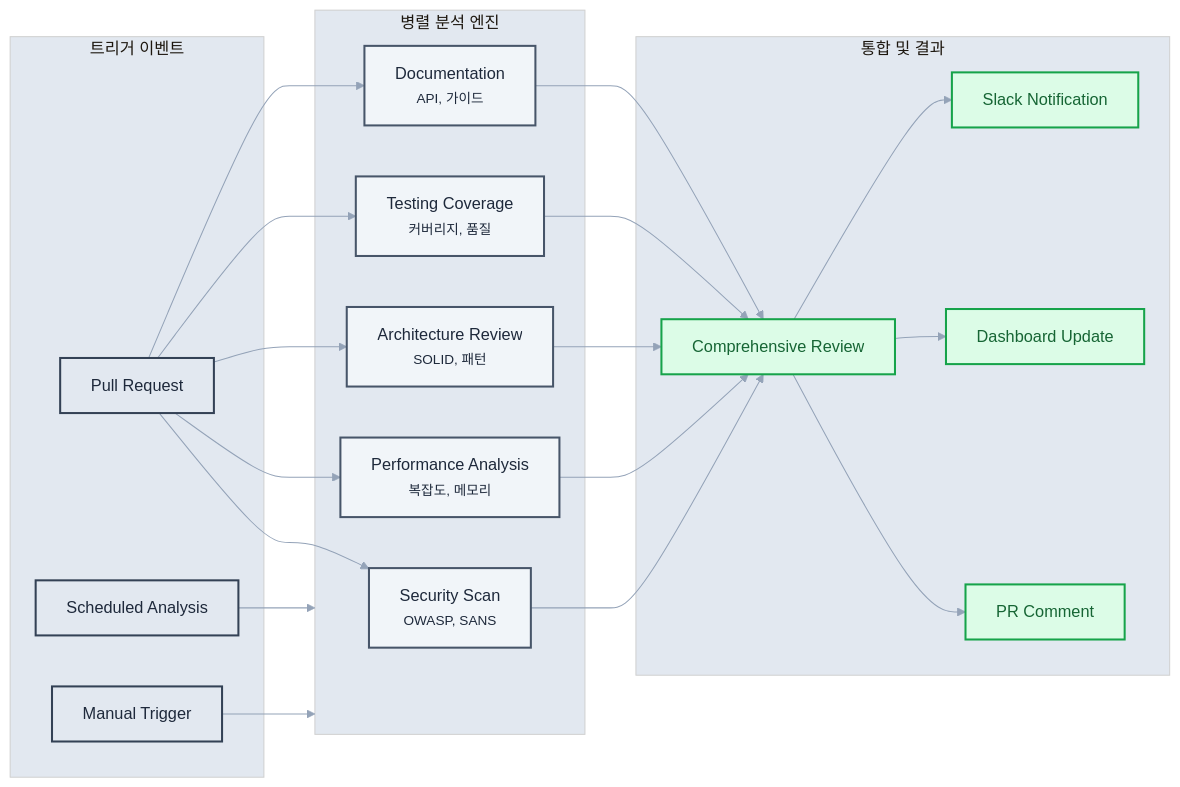
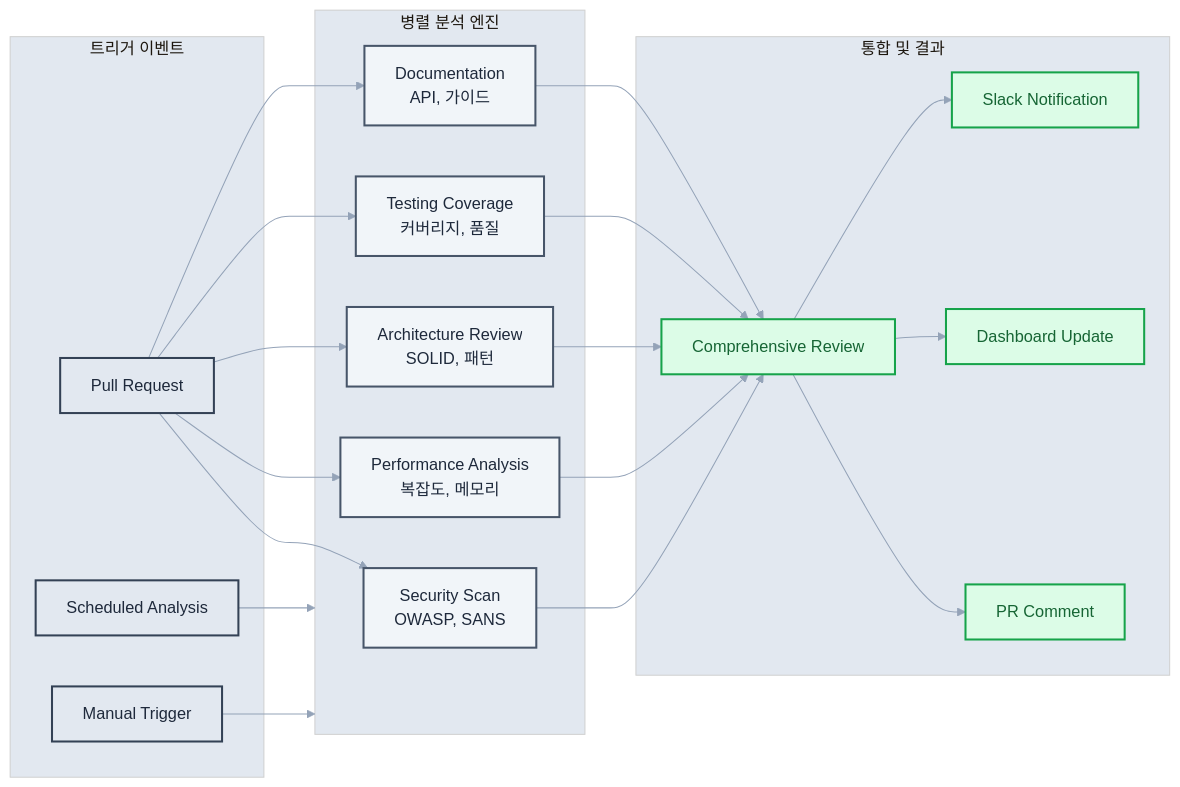
One commit to revfactory/claude-code-mastering changed the third of 4 diagrams in book/09-chapter9.md. Above: the diagram before and after it, drawn with Mermaid. The commit also changed other lines of this file and 10 other files, not shown here.

First line of the commit message:
fix: 챕터 2-13 Mermaid 다이어그램 텍스트 렌더링 최적화

````diff
--- a/book/09-chapter9.md
+++ b/book/09-chapter9.md
@@ -255,50 +255,50 @@
 ```mermaid
 %%{init: {"theme": "base", "themeVariables": {"primaryColor": "#f8fafc", "primaryTextColor": "#1e293b", "primaryBorderColor": "#e2e8f0", "lineColor": "#94a3b8", "secondaryColor": "#f1f5f9", "tertiaryColor": "#e2e8f0"}}}%%
 graph LR
     subgraph trigger [트리거 이벤트]
         A[Pull Request] 
         B[Scheduled Analysis]
         C[Manual Trigger]
     end
     
     subgraph analysis [병렬 분석 엔진]
-        D[Security Scan<br/><small>OWASP, SANS</small>]
-        E[Performance Analysis<br/><small>복잡도, 메모리</small>]
-        F[Architecture Review<br/><small>SOLID, 패턴</small>]
-        G[Testing Coverage<br/><small>커버리지, 품질</small>]
-        H[Documentation<br/><small>API, 가이드</small>]
+        D[Security Scan<br/>OWASP, SANS]
+        E[Performance Analysis<br/>복잡도, 메모리]
+        F[Architecture Review<br/>SOLID, 패턴]
+        G[Testing Coverage<br/>커버리지, 품질]
+        H[Documentation<br/>API, 가이드]
     end
     
     subgraph integration [통합 및 결과]
         I[Comprehensive Review]
         J[PR Comment]
         K[Dashboard Update]
         L[Slack Notification]
     end
     
     A --> D
     A --> E
     A --> F
     A --> G
     A --> H
     B --> analysis
     C --> analysis
     
     D --> I
     E --> I
     F --> I
     G --> I
     H --> I
     
     I --> J
     I --> K
     I --> L
     
     classDef triggerStyle fill:#e2e8f0,stroke:#334155,stroke-width:2px,color:#1e293b
     classDef analysisStyle fill:#f1f5f9,stroke:#475569,stroke-width:2px,color:#1e293b
     classDef integrationStyle fill:#dcfce7,stroke:#16a34a,stroke-width:2px,color:#166534
     
     class A,B,C triggerStyle
     class D,E,F,G,H analysisStyle
     class I,J,K,L integrationStyle
 ```
````
